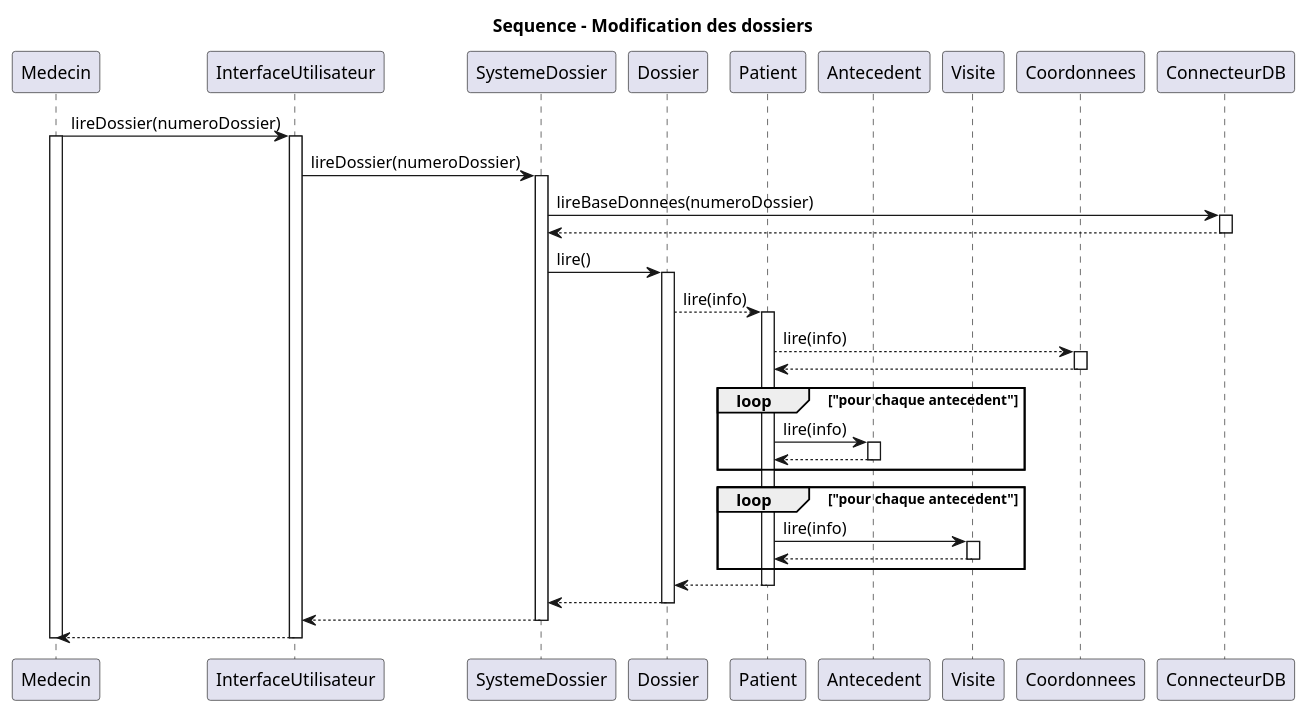
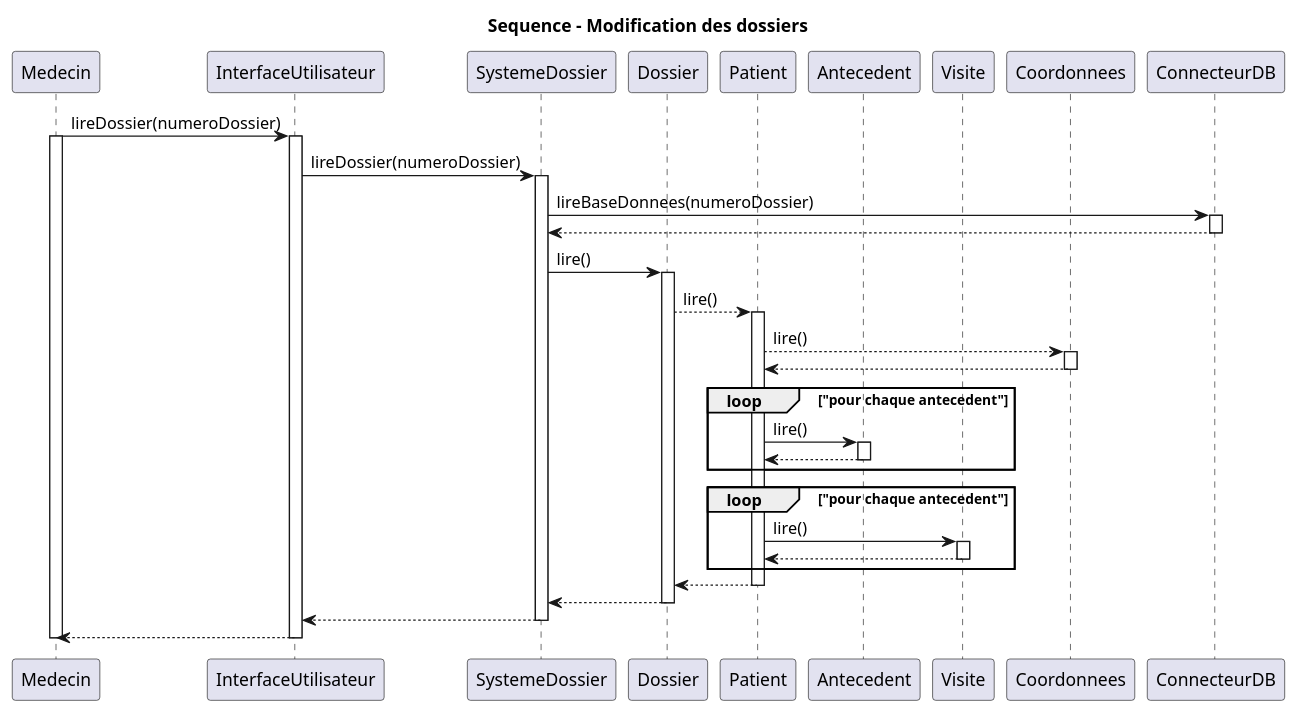
Before and after one commit to vbrayuqam/projet-genielog: the diagram in seqLireDossier.puml, drawn with PlantUML. The commit also changed 1 other file, not shown here.

```diff
--- a/seqLireDossier.puml
+++ b/seqLireDossier.puml
@@ -1,64 +1,64 @@
 @startuml sequenceModificationPatient
 
 title Sequence - Modification des dossiers
 
 participant Medecin as M
 participant InterfaceUtilisateur as U
 participant SystemeDossier as S
 participant Dossier as D
 participant Patient as P
 participant Antecedent as A
 participant Visite as V
 participant Coordonnees as C
 participant ConnecteurDB as DB
 
 
 M -> U: lireDossier(numeroDossier)
 activate M
 activate U
 U -> S: lireDossier(numeroDossier)
 activate S
 
 S -> DB: lireBaseDonnees(numeroDossier)
 activate DB
 DB --> S
 deactivate DB
 
 
 S -> D: lire()
 activate D
-D --> P: lire(info)
+D --> P: lire()
 activate P
-P --> C: lire(info)
+P --> C: lire()
 activate C
 C --> P
 deactivate C
 
 
 
 loop "pour chaque antecedent"
-  P -> A: lire(info)
+  P -> A: lire()
   activate A
   A --> P
   deactivate A
 end loop
 
 loop "pour chaque antecedent"
-  P -> V: lire(info)
+  P -> V: lire()
   activate V
   V --> P
   deactivate V
 end loop
 
 P --> D
 deactivate P
 D --> S
 deactivate D
 
 S --> U
 deactivate S
 U --> M
 deactivate U
 deactivate M
 
 @enduml
```
